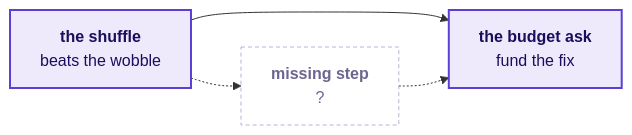
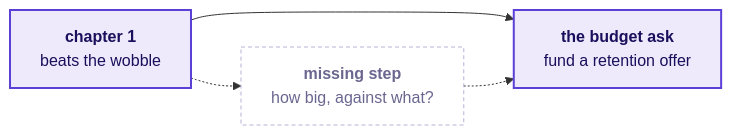
Diagram 11 of 32 in content/W01/D4/slides/C2_W01_D04_half1_STUDENT.md (fde-academy-lab/c2-content-factory), drawn with Mermaid before and after one commit. The commit also changed other lines of this file and 13 other files, not shown here.

````diff
--- a/content/W01/D4/slides/C2_W01_D04_half1_STUDENT.md
+++ b/content/W01/D4/slides/C2_W01_D04_half1_STUDENT.md
@@ -432,10 +478,10 @@
 ```mermaid
 flowchart LR
-    S["<b>the shuffle</b><br/>beats the wobble"] --> B["<b>the budget ask</b><br/>fund the fix"]
-    S -.-> Q["<b>missing step</b><br/>?"]
+    S["<b>chapter 1</b><br/>beats the wobble"] --> B["<b>the budget ask</b><br/>fund a retention offer"]
+    S -.-> Q["<b>missing step</b><br/>how big, against what?"]
     Q -.-> B
     classDef known fill:#EEEAFB,stroke:#5B3FD6,color:#1A0F5C,stroke-width:2px
     classDef unknown fill:#FFFFFF,stroke:#B8B2D6,color:#6B6690,stroke-dasharray:4 3
     class S,B known
     class Q unknown
 ```
````
